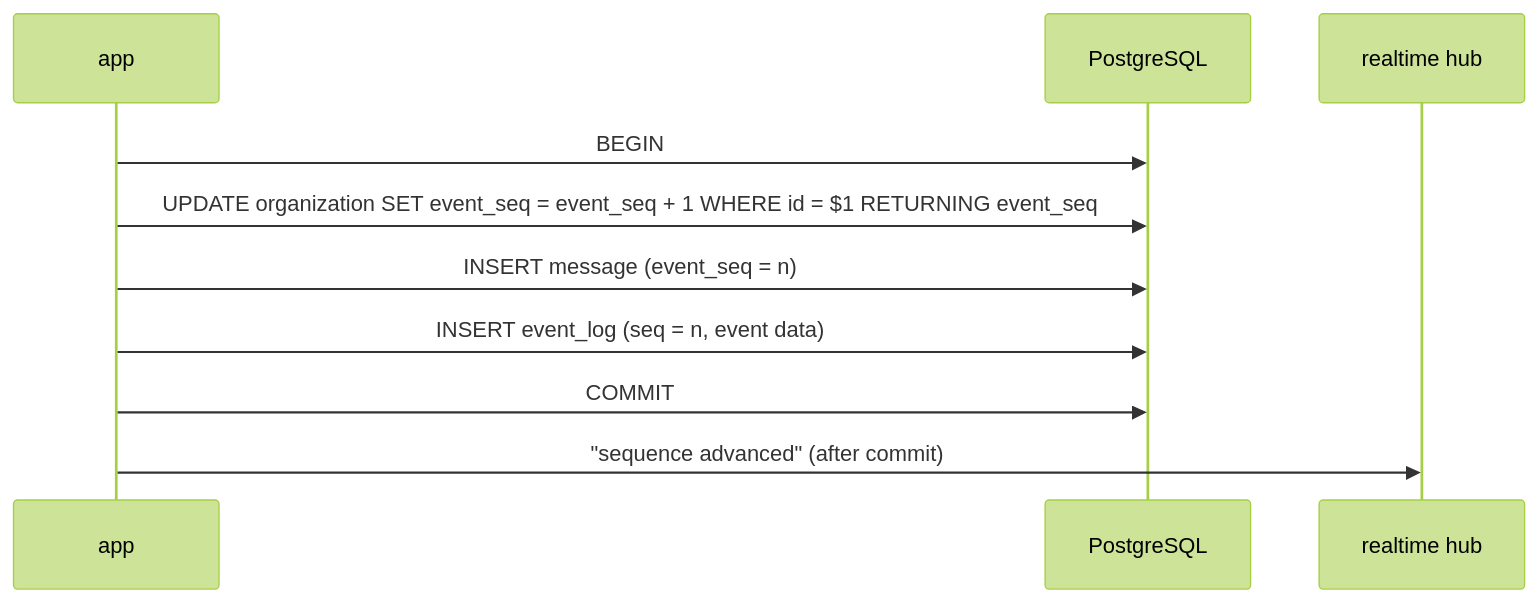
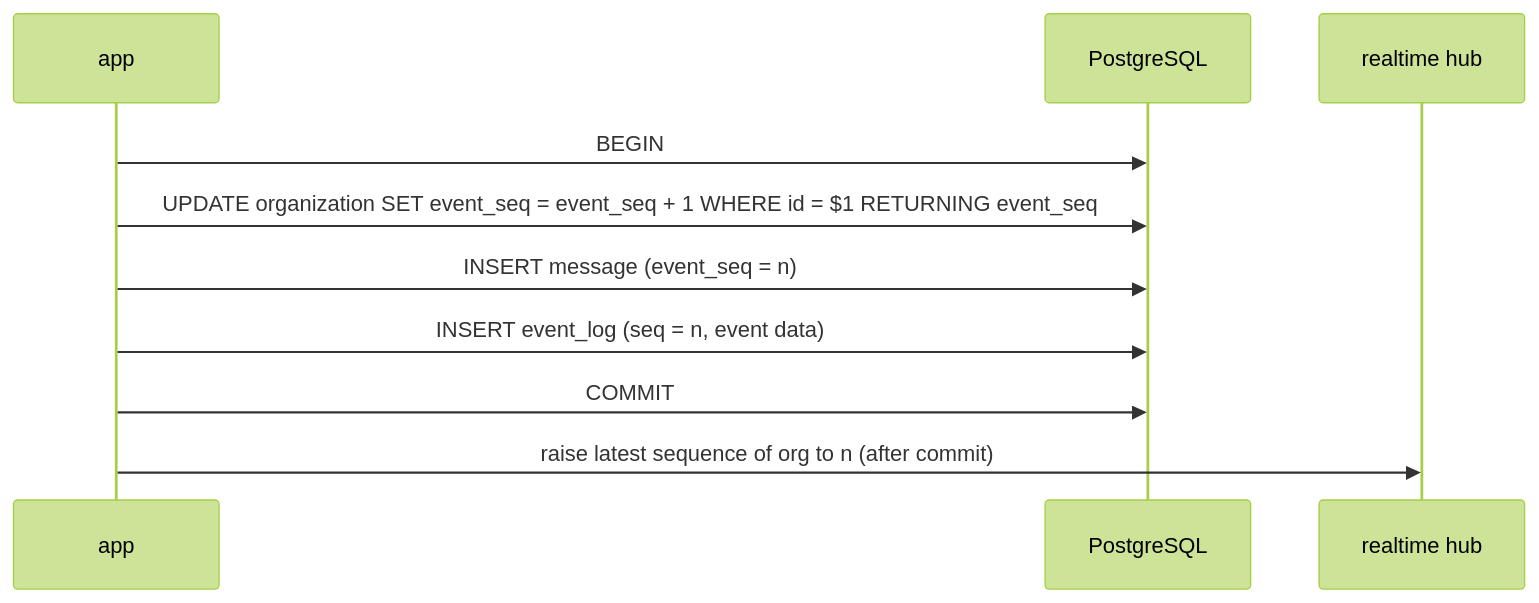
One commit to tkakkie/ribbitto changed the third of 4 diagrams in docs/architecture.md. Above: the diagram before and after it, drawn with Mermaid (forest theme). The commit also changed other lines of this file, not shown here.

````diff
--- a/docs/architecture.md
+++ b/docs/architecture.md
@@ -78,12 +78,12 @@
 ```mermaid
 sequenceDiagram
   participant A as app
   participant DB as PostgreSQL
   participant H as realtime hub
   A->>DB: BEGIN
   A->>DB: UPDATE organization SET event_seq = event_seq + 1 WHERE id = $1 RETURNING event_seq
   A->>DB: INSERT message (event_seq = n)
   A->>DB: INSERT event_log (seq = n, event data)
   A->>DB: COMMIT
-  A->>H: "sequence advanced" (after commit)
+  A->>H: raise latest sequence of org to n (after commit)
 ```
````
